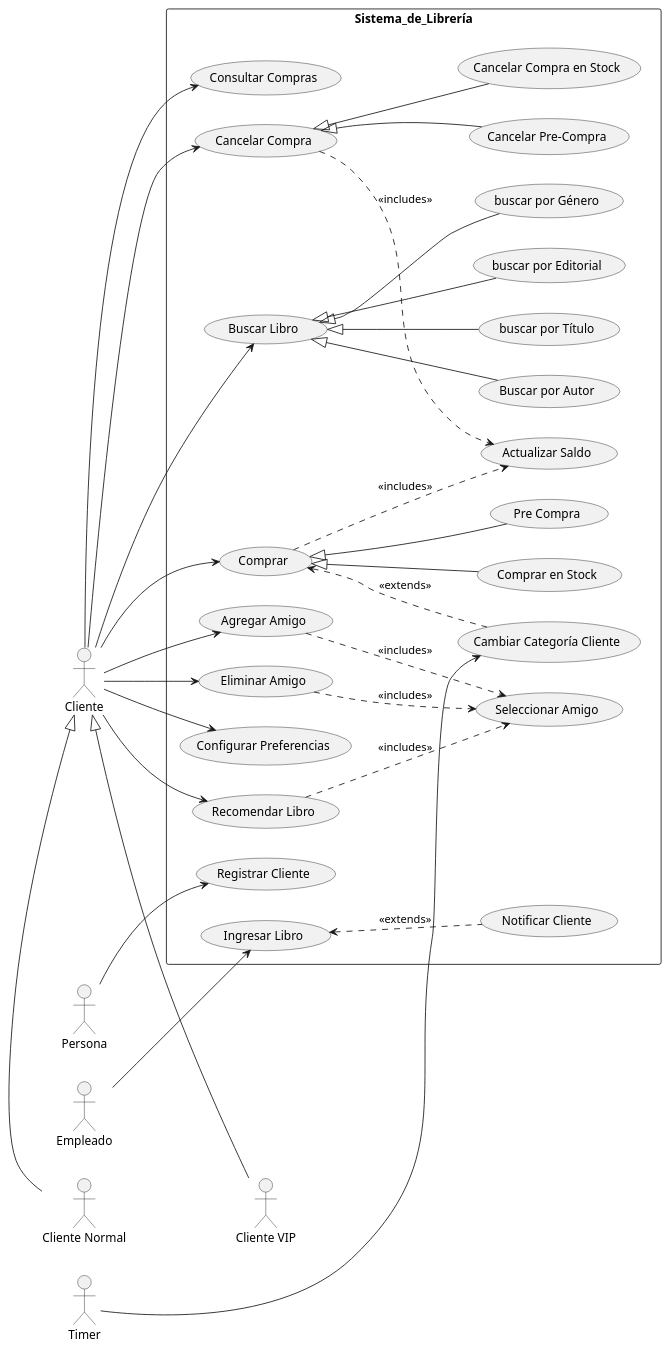
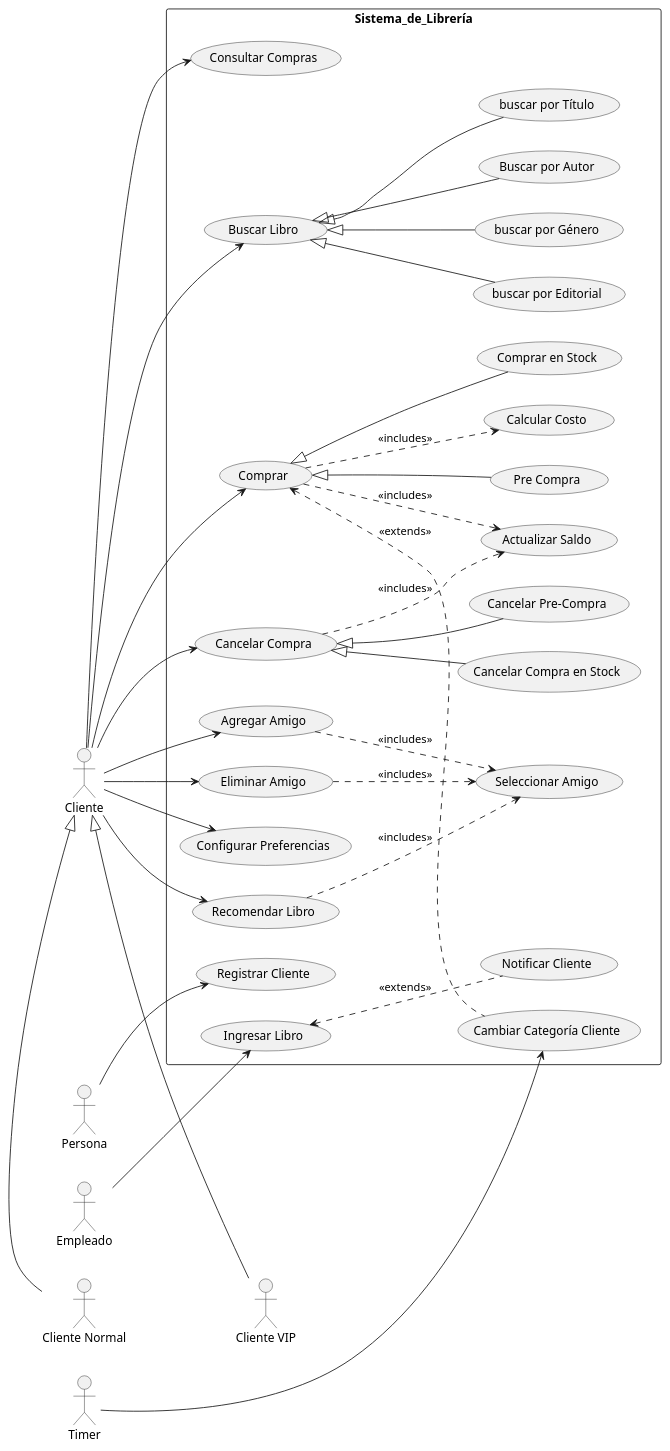
One commit to pablodanielrey/dsbm changed the diagram in tp1/casos-de-uso.plantuml. Above: the diagram before and after it, drawn with PlantUML.

Commit message:
agregue el calcular costo

```diff
--- a/tp1/casos-de-uso.plantuml
+++ b/tp1/casos-de-uso.plantuml
@@ -1,97 +1,98 @@
 @startuml
 left to right direction
 skinparam packageStyle rectangle
 
 together {
 
     :Persona: as p
     :Empleado: as e
     :Timer: as t
     :Cliente: as c
 
     t -[hidden]l- c
 
     together {
         :Cliente VIP: as vc
         :Cliente Normal: as cn
         cn -[hidden]- vc
         vc -|> c
         cn -|> c
     }
     
 }
 
 rectangle Sistema_de_Librería {
     (Registrar Cliente) as registrar_cliente
 
     (Configurar Preferencias) as configurar_preferencias
     
     
     (Recomendar Libro) as recomendar
     (Agregar Amigo) as agregar_amigo
     (Eliminar Amigo) as eliminar_amigo
     (Seleccionar Amigo) as seleccionar_amigo
     agregar_amigo ..> seleccionar_amigo :<<includes>>
     eliminar_amigo ..> seleccionar_amigo :<<includes>>
     recomendar ..> seleccionar_amigo :<<includes>>
 
     together {
         (Buscar Libro) as buscar
         (Buscar por Autor) as buscar_por_autor
         (buscar por Título) as buscar_por_titulo
         (buscar por Editorial) as buscar_por_editorial
         (buscar por Género) as buscar_por_genero
         buscar <|-- buscar_por_autor
         buscar <|-- buscar_por_titulo
         buscar <|-- buscar_por_genero
         buscar <|-- buscar_por_editorial
     }
 
 
     (Consultar Compras) as consultar_compras
-        
     together {
-        (Comprar) as comprar    
+        (Comprar) as comprar 
         (Comprar en Stock) as comprar_stock
         (Pre Compra) as pre_compra
+        (Calcular Costo) as calcular_costo
     }
 
     (Cambiar Categoría Cliente) as cambiar_categoria
 
-    (Cancelar Compra) as cancelar_compra
     together {
-        
+        (Cancelar Compra) as cancelar_compra
         (Cancelar Compra en Stock) as cancelar_compra_stock
         (Cancelar Pre-Compra) as cancelar_pre_compra
     }
     (Actualizar Saldo) as actualizar_saldo 
 
     (Ingresar Libro) as ingresar_libro
     (Notificar Cliente) as notificar
 }
 
 comprar <.. cambiar_categoria :<<extends>>
 comprar <|-- pre_compra
 comprar <|-- comprar_stock
 comprar ..> actualizar_saldo :<<includes>>
+comprar ..> calcular_costo :<<includes>>
 
 cancelar_compra <|-down- cancelar_pre_compra
 cancelar_compra <|-down- cancelar_compra_stock
 cancelar_compra ..> actualizar_saldo :<<includes>>
 
+t --> cambiar_categoria
 p --> registrar_cliente
 e --> ingresar_libro
 c --> configurar_preferencias
 c --> recomendar
 c --> agregar_amigo
 c --> eliminar_amigo
 c --> buscar
 c --> comprar
 c --> consultar_compras
 c --> cancelar_compra
-t --> cambiar_categoria
+
 
 ingresar_libro <.. notificar :<<extends>>
 
 
 @enduml
```
